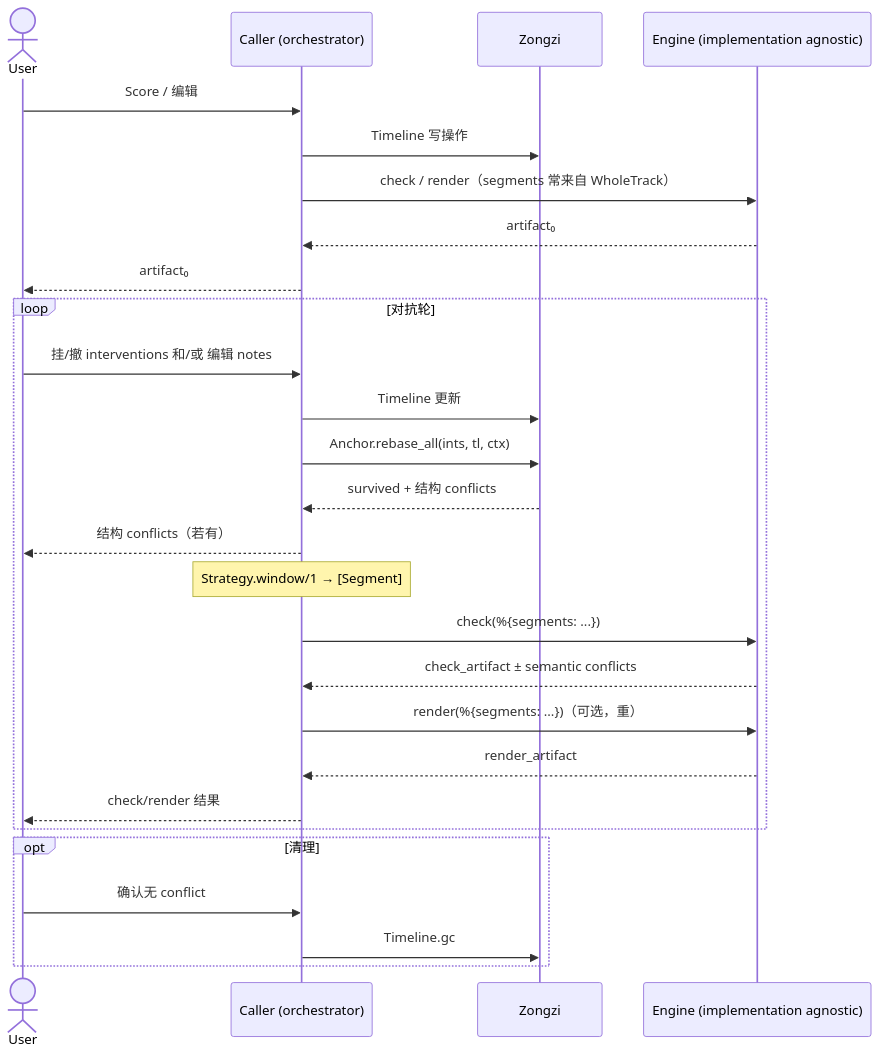
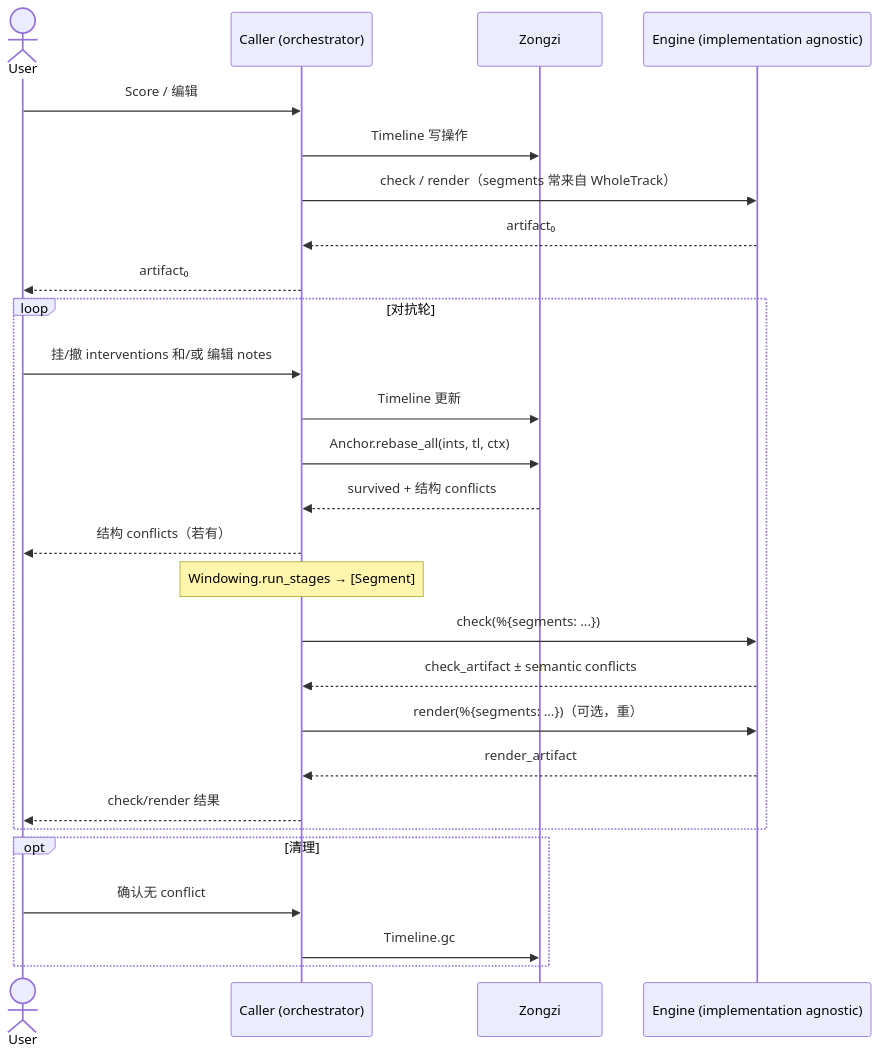
The diagram in README.md (SynapticStrings/Zongzi), drawn with Mermaid before and after one commit. The commit also changed 4 other files, not shown here.

````diff
--- a/README.md
+++ b/README.md
@@ -12,33 +12,33 @@
 ```mermaid
 sequenceDiagram
     actor User
     participant Caller as Caller (orchestrator)
     participant Zongzi
     participant Engine as Engine (implementation agnostic)
 
     User->>Caller: Score / 编辑
     Caller->>Zongzi: Timeline 写操作
     Caller->>Engine: check / render（segments 常来自 WholeTrack）
     Engine-->>Caller: artifact₀
     Caller-->>User: artifact₀
 
     loop 对抗轮
         User->>Caller: 挂/撤 interventions 和/或 编辑 notes
         Caller->>Zongzi: Timeline 更新
         Caller->>Zongzi: Anchor.rebase_all(ints, tl, ctx)
         Zongzi-->>Caller: survived + 结构 conflicts
         Caller-->>User: 结构 conflicts（若有）
 
-        Note over Caller: Strategy.window/1 → [Segment]
+        Note over Caller: Windowing.run_stages → [Segment]
         Caller->>Engine: check(%{segments: ...})
         Engine-->>Caller: check_artifact ± semantic conflicts
         Caller->>Engine: render(%{segments: ...})（可选，重）
         Engine-->>Caller: render_artifact
         Caller-->>User: check/render 结果
     end
 
     opt 清理
         User->>Caller: 确认无 conflict
         Caller->>Zongzi: Timeline.gc
     end
 ```
````
